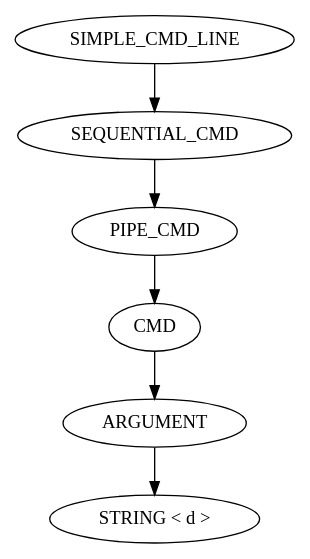
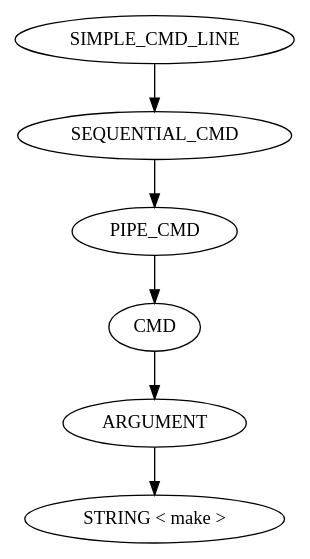
The diagram in parser.dot (Glimbyte/exoshell), drawn with Graphviz before and after one commit. The commit also changed 18 other files, not shown here.

```diff
--- a/parser.dot
+++ b/parser.dot
@@ -1,13 +1,13 @@
 digraph PARSER {
-	NODE_0x5603ccba51b0 [label="SIMPLE_CMD_LINE\n"];
-	NODE_0x5603ccba51b0 -> NODE_0x5603ccba5180
-	NODE_0x5603ccba5180 [label="SEQUENTIAL_CMD\n"];
-	NODE_0x5603ccba5180 -> NODE_0x5603ccba5150
-	NODE_0x5603ccba5150 [label="PIPE_CMD\n"];
-	NODE_0x5603ccba5150 -> NODE_0x5603ccba5120
-	NODE_0x5603ccba5120 [label="CMD\n"];
-	NODE_0x5603ccba5120 -> NODE_0x5603ccba50f0
-	NODE_0x5603ccba50f0 [label="ARGUMENT\n"];
-	NODE_0x5603ccba50f0 -> NODE_0x5603ccba50c0
-	NODE_0x5603ccba50c0 [label="STRING < d >\n"];
+	NODE_0x7fb2f640d8f0 [label="SIMPLE_CMD_LINE\n"];
+	NODE_0x7fb2f640d8f0 -> NODE_0x7fb2f640d8d0
+	NODE_0x7fb2f640d8d0 [label="SEQUENTIAL_CMD\n"];
+	NODE_0x7fb2f640d8d0 -> NODE_0x7fb2f640d8b0
+	NODE_0x7fb2f640d8b0 [label="PIPE_CMD\n"];
+	NODE_0x7fb2f640d8b0 -> NODE_0x7fb2f640d890
+	NODE_0x7fb2f640d890 [label="CMD\n"];
+	NODE_0x7fb2f640d890 -> NODE_0x7fb2f640d870
+	NODE_0x7fb2f640d870 [label="ARGUMENT\n"];
+	NODE_0x7fb2f640d870 -> NODE_0x7fb2f640d850
+	NODE_0x7fb2f640d850 [label="STRING < make >\n"];
 }
```
